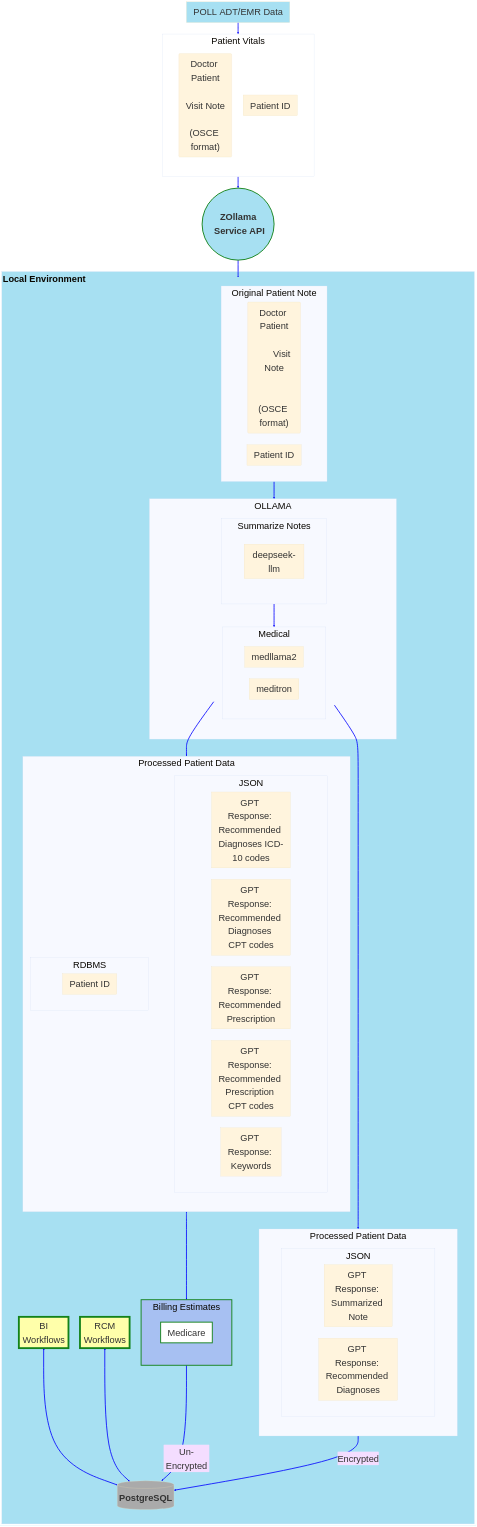
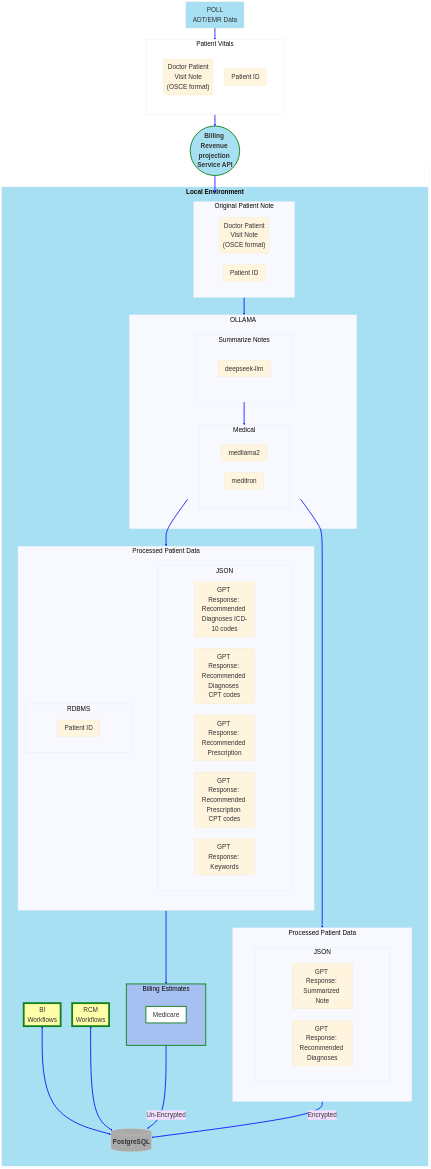
One commit to ovaisq/LLM-MedBillingForecast changed the third of 4 diagrams in README.md. Above: the diagram before and after it, drawn with Mermaid. The commit also changed other lines of this file, not shown here.

Commit message:
diagram updates

````diff
--- a/README.md
+++ b/README.md
@@ -111,5 +110,5 @@
 ```mermaid
-%%{init: {'theme': 'base', "loglevel":1,'themeVariables': {'lineColor': 'Blue', 'fontSize':'40px',"fontFamily": "Trebuchet MS"}}}%%
+%%{init: {'theme': 'base', "loglevel":1,'themeVariables': {'lineColor': 'Blue', 'fontSize':'28px',"fontFamily": "Trebuchet MS"}}}%%
 flowchart TD
     style PV fill:#fff
     style ZZ fill:#a7e0f2,stroke:#13821a,stroke-width:4px
@@ -122,9 +121,11 @@
     style Medicare fill:#fff,stroke:#13821a,stroke-width:4px
 
     classDef subgraph_padding fill:none,stroke:none
-    EMRADT["POLL&nbspADT/EMR&nbspData"]
-    ZZ(("`**ZOllama
-    &nbsp&nbsp&nbsp&nbspService&nbspAPI**`"&nbsp&nbsp&nbsp))
+    EMRADT["POLL
+    ADT/EMR Data"]
+    ZZ(("`**Billing Revenue 
+    projection 
+    Service API**`"))
 
     EMRADT ==> PV ==> ZZ ==> PVO
     PVO ==> OLLAMA
@@ -135,7 +136,7 @@
     RM <==> PSQL
 
 
-    subgraph PV["Patient&nbspVitals"]
+    subgraph PV["Patient Vitals"]
         subgraph blank2[ ]
             PVN("Doctor Patient
             Visit Note
@@ -144,7 +145,7 @@
         end
     end
 
-    subgraph LocalEnv["`**Local&nbspEnvironment**`"&nbsp&nbsp&nbsp&nbsp&nbsp&nbsp&nbsp&nbsp&nbsp&nbsp&nbsp&nbsp&nbsp&nbsp&nbsp&nbsp&nbsp&nbsp&nbsp&nbsp&nbsp&nbsp&nbsp&nbsp&nbsp&nbsp&nbsp&nbsp&nbsp&nbsp&nbsp&nbsp&nbsp&nbsp&nbsp&nbsp&nbsp&nbsp&nbsp&nbsp&nbsp&nbsp&nbsp&nbsp&nbsp&nbsp&nbsp&nbsp&nbsp&nbsp&nbsp&nbsp&nbsp&nbsp&nbsp&nbsp&nbsp&nbsp&nbsp&nbsp&nbsp&nbsp&nbsp&nbsp&nbsp&nbsp&nbsp&nbsp&nbsp&nbsp&nbsp&nbsp&nbsp&nbsp&nbsp&nbsp&nbsp&nbsp&nbsp&nbsp&nbsp&nbsp&nbsp&nbsp&nbsp&nbsp&nbsp&nbsp&nbsp&nbsp&nbsp&nbsp&nbsp&nbsp&nbsp&nbsp&nbsp&nbsp&nbsp&nbsp&nbsp&nbsp&nbsp&nbsp&nbsp&nbsp&nbsp&nbsp&nbsp&nbsp&nbsp&nbsp&nbsp&nbsp&nbsp&nbsp&nbsp&nbsp&nbsp&nbsp&nbsp&nbsp&nbsp&nbsp&nbsp&nbsp&nbsp&nbsp&nbsp&nbsp&nbsp&nbsp&nbsp&nbsp&nbsp&nbsp&nbsp&nbsp&nbsp&nbsp&nbsp&nbsp&nbsp&nbsp&nbsp&nbsp&nbsp&nbsp&nbsp&nbsp&nbsp&nbsp&nbsp&nbsp&nbsp&nbsp&nbsp&nbsp&nbsp&nbsp&nbsp&nbsp&nbsp&nbsp&nbsp&nbsp&nbsp&nbsp&nbsp&nbsp&nbsp&nbsp&nbsp&nbsp&nbsp&nbsp&nbsp&nbsp&nbsp&nbsp&nbsp&nbsp&nbsp&nbsp&nbsp&nbsp&nbsp&nbsp&nbsp&nbsp&nbsp&nbsp&nbsp&nbsp&nbsp&nbsp&nbsp]
+    subgraph LocalEnv["`**Local Environment**`"]
         subgraph blank[ ]
             direction TB
             PSQL[("`**PostgreSQL**`")]
@@ -154,7 +155,7 @@
             subgraph RM["RCM
             Workflows"]
             end
-            subgraph PVO["Original&nbspPatient&nbspNote"]
+            subgraph PVO["Original Patient Note"]
                 direction LR
                 subgraph blank3[ ]
                     direction LR
@@ -185,7 +186,7 @@
                 Medicare
               end
             end
-            subgraph EPPD["Processed&nbspPatient&nbspData"]
+            subgraph EPPD["Processed Patient Data"]
                 direction TB
                 subgraph blank5[ ]
                     subgraph JSON
@@ -196,7 +197,7 @@
                     end
                 end
             end
-            subgraph PPD["Processed&nbspPatient&nbspData"]
+            subgraph PPD["Processed Patient Data"]
                 direction TB
                 subgraph blank9[ ]
                     subgraph AJSON["JSON"]
````
